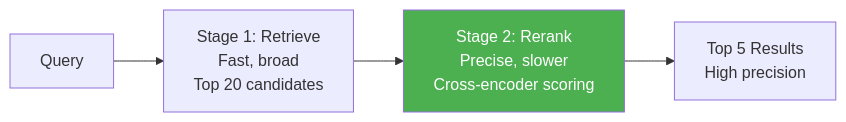
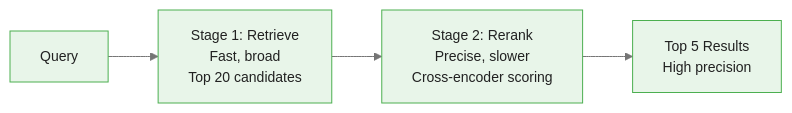
Before and after one commit to m-deane/course-creator: the sixth of 7 diagrams in courses/dataiku-genai/modules/module_02_rag/guides/02_retrieval_strategies_slides.md, drawn with Mermaid. The commit also changed other lines of this file and 54 other files, not shown here.

````diff
--- a/courses/dataiku-genai/modules/module_02_rag/guides/02_retrieval_strategies_slides.md
+++ b/courses/dataiku-genai/modules/module_02_rag/guides/02_retrieval_strategies_slides.md
@@ -403,8 +421,7 @@
 ```mermaid
+%%{init: {"theme": "base", "themeVariables": {"primaryColor": "#e8f5e9", "primaryBorderColor": "#4caf50", "primaryTextColor": "#212121", "secondaryColor": "#e3f2fd", "tertiaryColor": "#fff8e1", "lineColor": "#757575", "fontFamily": "Inter, sans-serif", "fontSize": "14px"}}}%%
 flowchart LR
     Q[Query] --> R1[Stage 1: Retrieve<br/>Fast, broad<br/>Top 20 candidates]
     R1 --> R2[Stage 2: Rerank<br/>Precise, slower<br/>Cross-encoder scoring]
     R2 --> TOP[Top 5 Results<br/>High precision]
-
-    style R2 fill:#4CAF50,color:#fff
 ```
````
